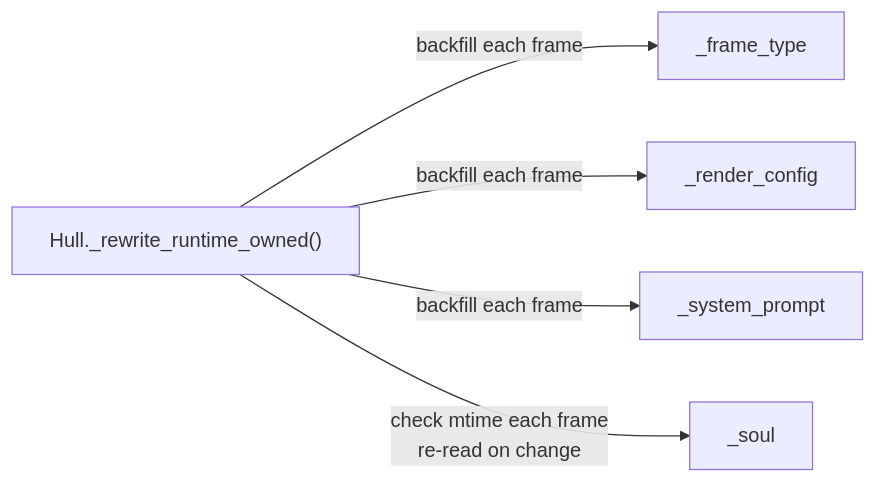
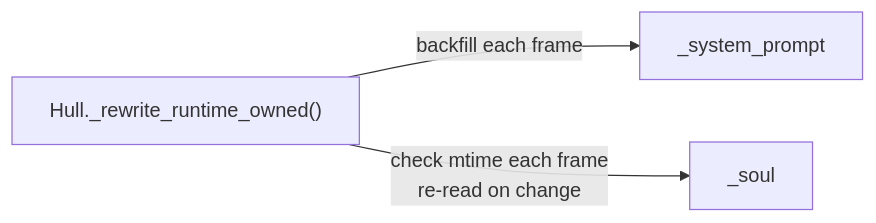
One commit to vessal-ai/vessal changed the third of 3 diagrams in src/vessal/ark/shell/hull/CONTEXT.md. Above: the diagram before and after it, drawn with Mermaid. The commit also changed other lines of this file and 7 other files, not shown here.

````diff
--- a/src/vessal/ark/shell/hull/CONTEXT.md
+++ b/src/vessal/ark/shell/hull/CONTEXT.md
@@ -77,8 +77,6 @@
 ```mermaid
 graph LR
     Hull["Hull._rewrite_runtime_owned()"]
-    Hull -->|"backfill each frame"| FT["_frame_type"]
-    Hull -->|"backfill each frame"| RC["_render_config"]
     Hull -->|"backfill each frame"| SP["_system_prompt"]
     Hull -->|"check mtime each frame\nre-read on change"| SOUL["_soul"]
 ```
````
